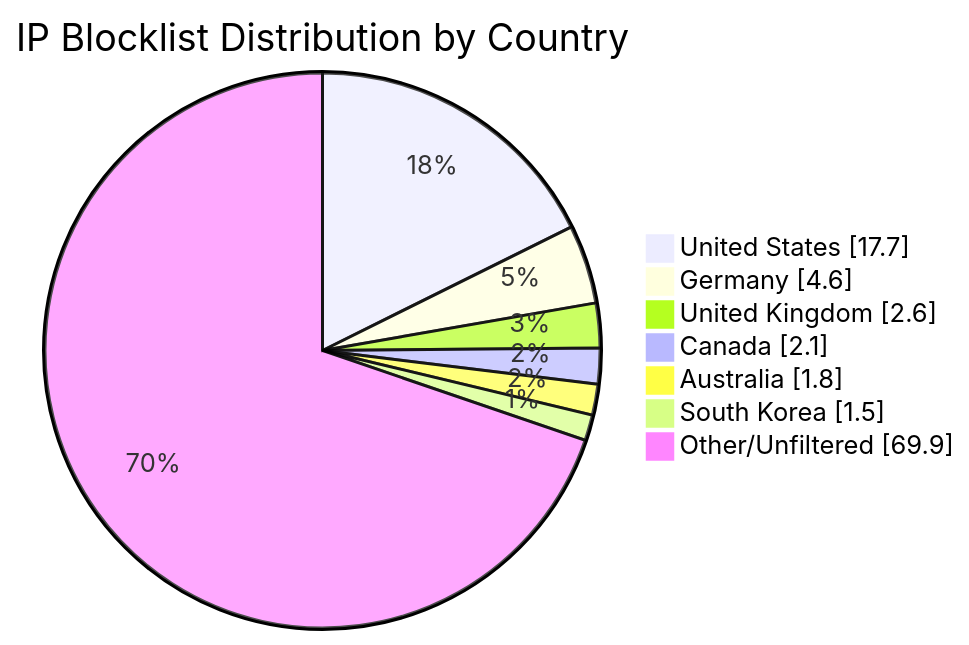
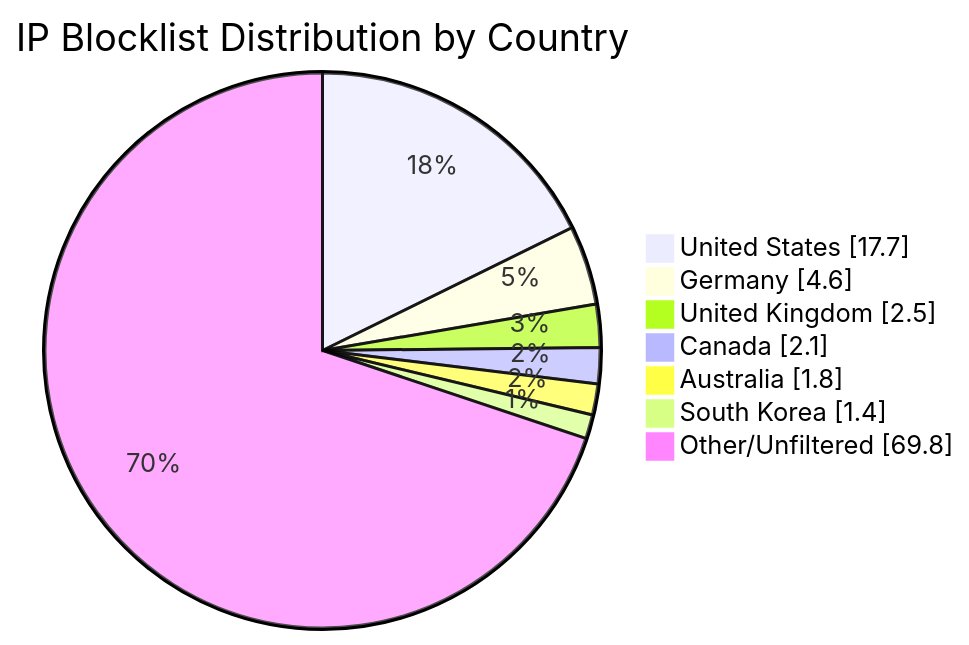
One commit to MarcusHoltz/ipblocklist-geofiltered-aggregator changed the diagram in README.md. Above: the diagram before and after it, drawn with Mermaid. The commit also changed other lines of this file and 9 other files, not shown here.

````diff
--- a/README.md
+++ b/README.md
@@ -34,10 +34,10 @@
 ```mermaid
 pie showData title IP Blocklist Distribution by Country
 "United States" : 17.7
 "Germany" : 4.6
-"United Kingdom" : 2.6
+"United Kingdom" : 2.5
 "Canada" : 2.1
 "Australia" : 1.8
-"South Korea" : 1.5
-"Other/Unfiltered" : 69.9
+"South Korea" : 1.4
+"Other/Unfiltered" : 69.8
 ```
````
